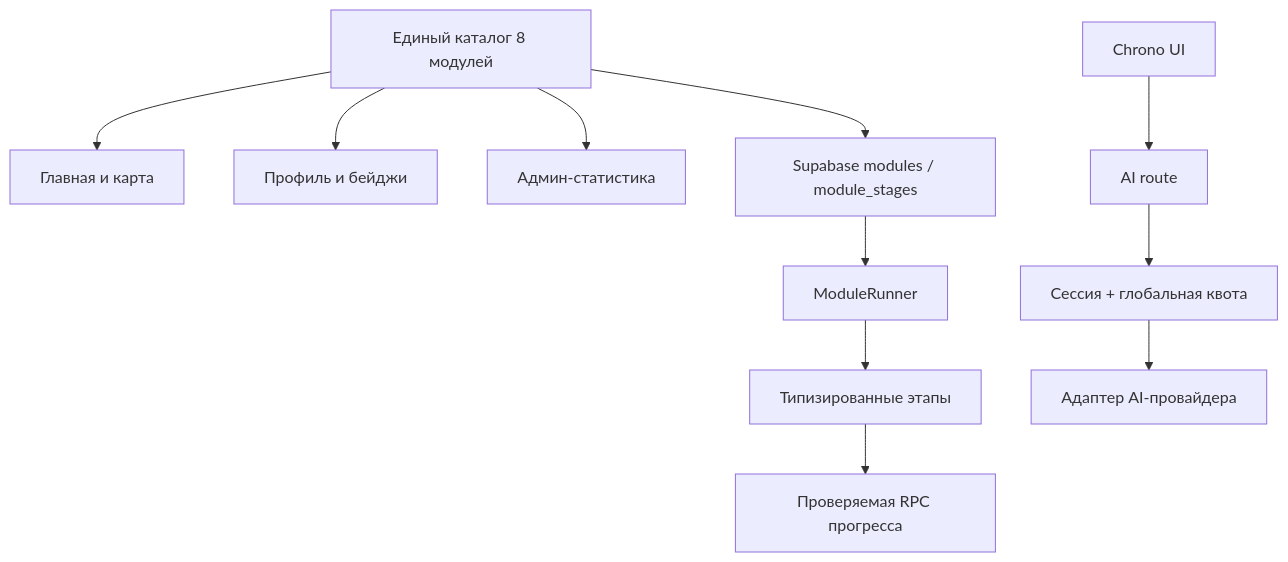
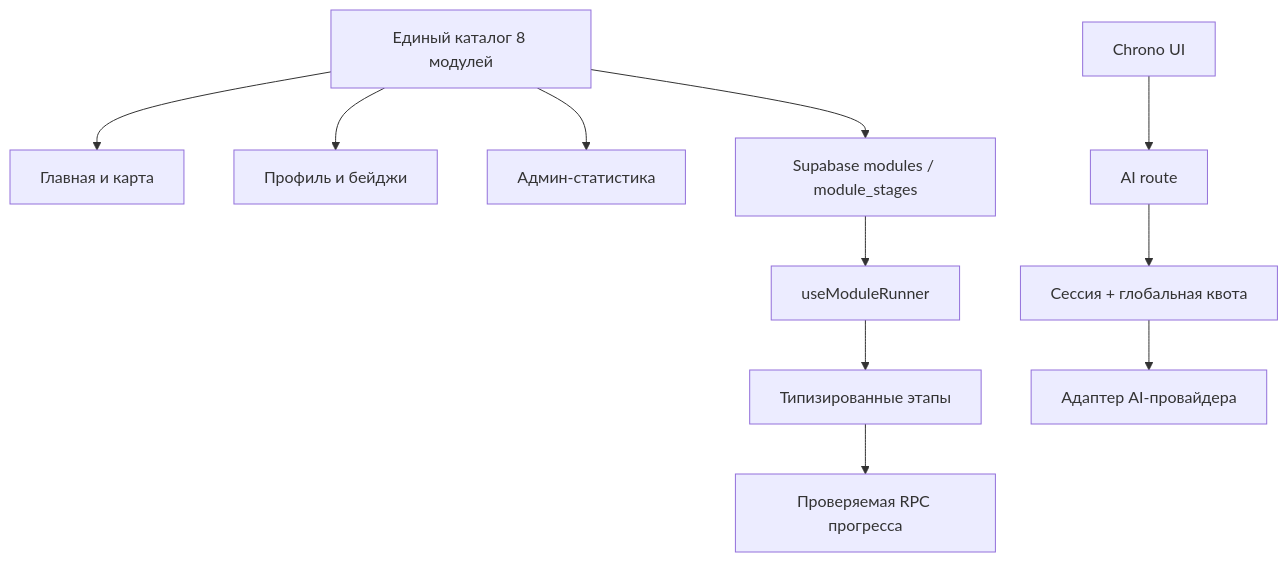
The diagram in analis.md (Mefist89/infoquest-cahul), drawn with Mermaid before and after one commit. The commit also changed other lines of this file and 80 other files, not shown here.

Commit message:
refactor: harden pilot architecture and accessibility

````diff
--- a/analis.md
+++ b/analis.md
@@ -311,13 +350,13 @@
 ```mermaid
 flowchart TD
     Catalog["Единый каталог 8 модулей"] --> Home["Главная и карта"]
     Catalog --> Profile["Профиль и бейджи"]
     Catalog --> Admin["Админ-статистика"]
     Catalog --> DB["Supabase modules / module_stages"]
-    DB --> Runner["ModuleRunner"]
+    DB --> Runner["useModuleRunner"]
     Runner --> Stage["Типизированные этапы"]
     Stage --> RPC["Проверяемая RPC прогресса"]
     Chat["Chrono UI"] --> Api["AI route"]
     Api --> Auth["Сессия + глобальная квота"]
     Auth --> Provider["Адаптер AI-провайдера"]
 ```
````
